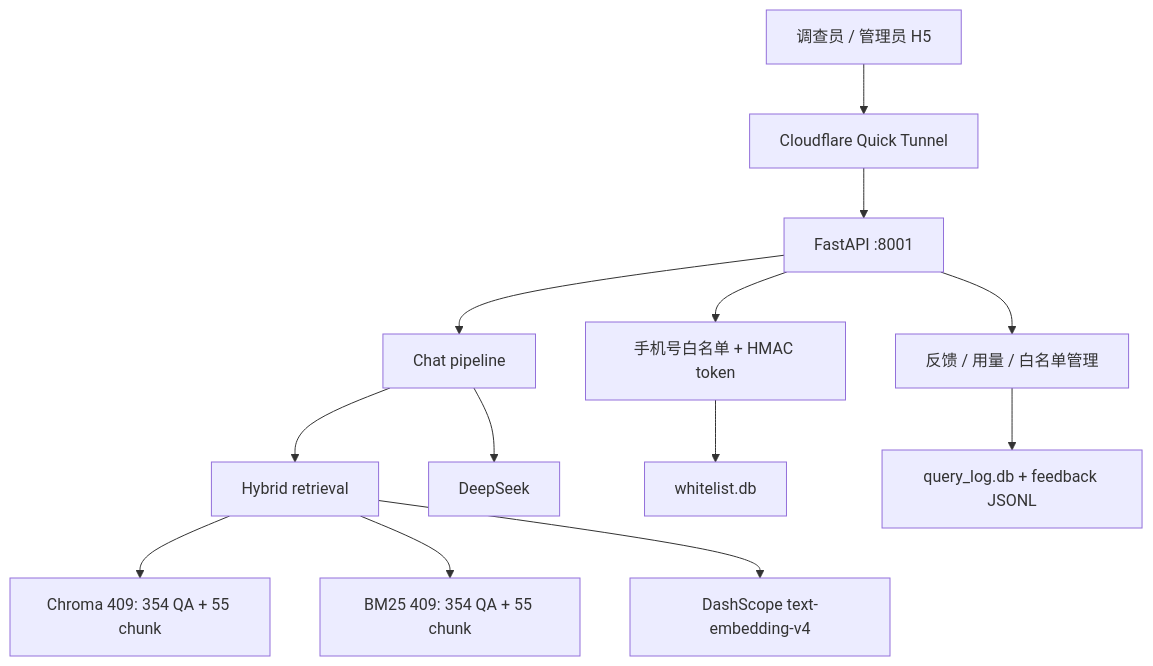
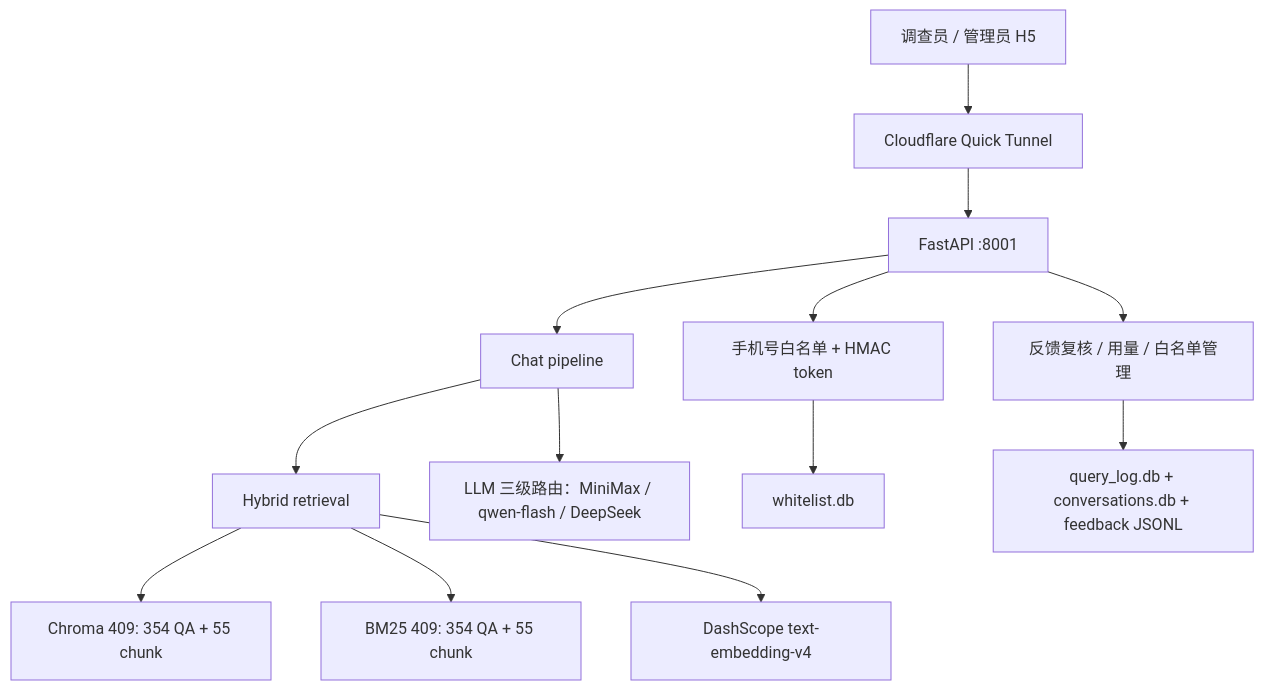
One commit to ljx4471817/labor-survey-ai changed the diagram in docs/03-架构设计.md. Above: the diagram before and after it, drawn with Mermaid. The commit also changed other lines of this file and 35 other files, not shown here.

````diff
--- a/docs/03-架构设计.md
+++ b/docs/03-架构设计.md
@@ -9,15 +9,15 @@
 ```mermaid
 flowchart TD
     U["调查员 / 管理员 H5"] --> CF["Cloudflare Quick Tunnel"]
     CF --> API["FastAPI :8001"]
     API --> AUTH["手机号白名单 + HMAC token"]
     API --> CHAT["Chat pipeline"]
-    API --> ADMIN["反馈 / 用量 / 白名单管理"]
+    API --> ADMIN["反馈复核 / 用量 / 白名单管理"]
     CHAT --> RET["Hybrid retrieval"]
     RET --> VEC["Chroma 409: 354 QA + 55 chunk"]
     RET --> BM25["BM25 409: 354 QA + 55 chunk"]
-    CHAT --> LLM["DeepSeek"]
+    CHAT --> LLM["LLM 三级路由：MiniMax / qwen-flash / DeepSeek"]
     RET --> EMB["DashScope text-embedding-v4"]
     AUTH --> WDB["whitelist.db"]
-    ADMIN --> DATA["query_log.db + feedback JSONL"]
+    ADMIN --> DATA["query_log.db + conversations.db + feedback JSONL"]
 ```
````
